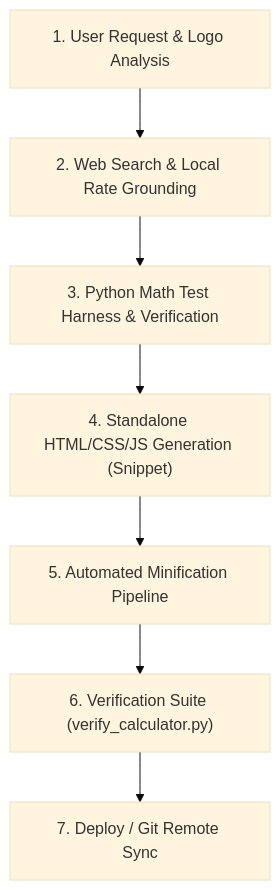
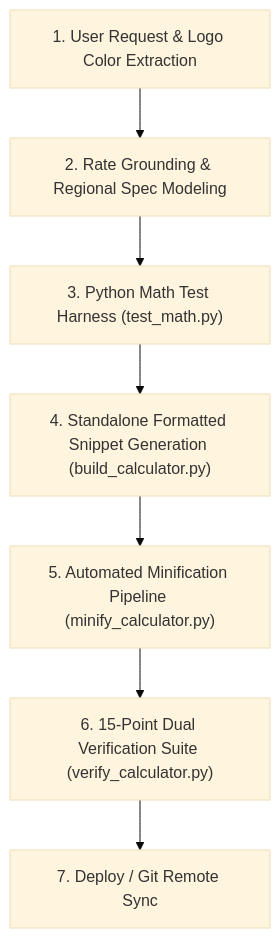
Before and after one commit to Bluejaypro-Team/wordpress-cost-calculator-builder: the diagram in SKILL.md, drawn with Mermaid (base theme). The commit also changed other lines of this file and 1 other file, not shown here.

Commit message:
fix(skill): update centered badge/title/subtitle mandate, custom stepper protocol, manifest.json, and 15-point verification suite

````diff
--- a/SKILL.md
+++ b/SKILL.md
@@ -267,9 +396,9 @@
 ```mermaid
 flowchart TD
-    A["1. User Request & Logo Analysis"] --> B["2. Web Search & Local Rate Grounding"]
-    B --> C["3. Python Math Test Harness & Verification"]
-    C --> D["4. Standalone HTML/CSS/JS Generation (Snippet)"]
-    D --> E["5. Automated Minification Pipeline"]
-    E --> F["6. Verification Suite (verify_calculator.py)"]
+    A["1. User Request & Logo Color Extraction"] --> B["2. Rate Grounding & Regional Spec Modeling"]
+    B --> C["3. Python Math Test Harness (test_math.py)"]
+    C --> D["4. Standalone Formatted Snippet Generation (build_calculator.py)"]
+    D --> E["5. Automated Minification Pipeline (minify_calculator.py)"]
+    E --> F["6. 15-Point Dual Verification Suite (verify_calculator.py)"]
     F --> G["7. Deploy / Git Remote Sync"]
 ```
````
